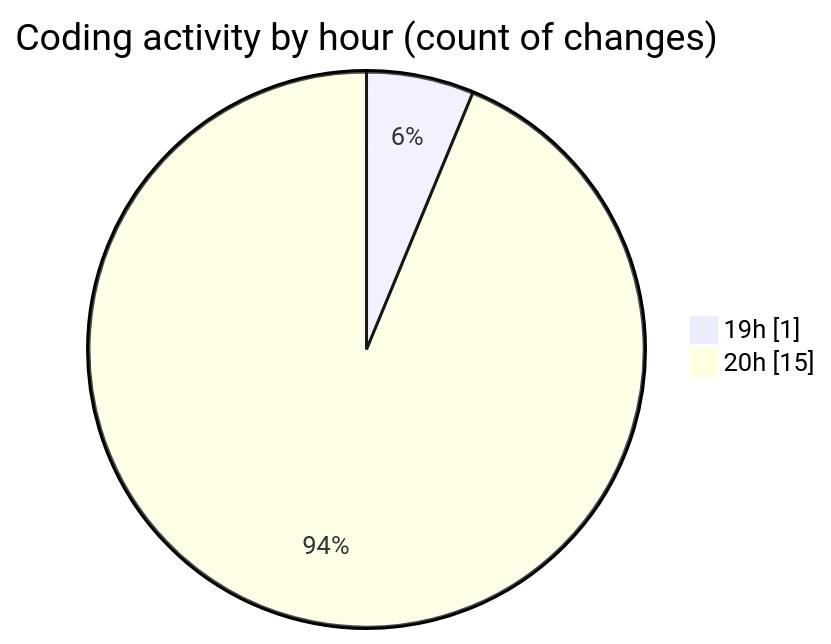
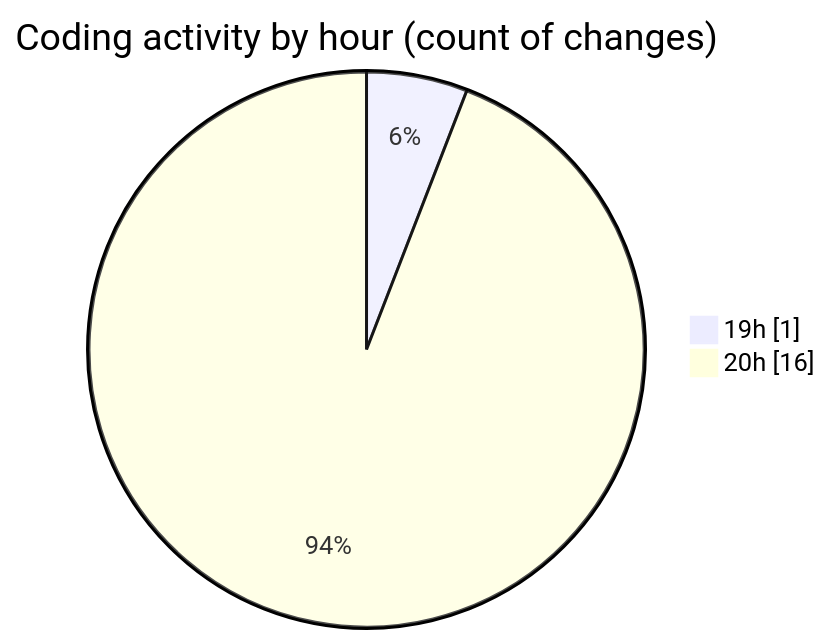
The second of 2 diagrams in 2026-03-01/cilreports__workspace_/README.md (ricardozamudiocil/code-tracking), drawn with Mermaid before and after one commit. The commit also changed other lines of this file and 1 other file, not shown here.

````diff
--- a/2026-03-01/cilreports__workspace_/README.md
+++ b/2026-03-01/cilreports__workspace_/README.md
@@ -34,6 +34,6 @@
 ```mermaid
 pie showData
 title Coding activity by hour (count of changes)
 "19h" : 1
-"20h" : 15
+"20h" : 16
 ```
````
